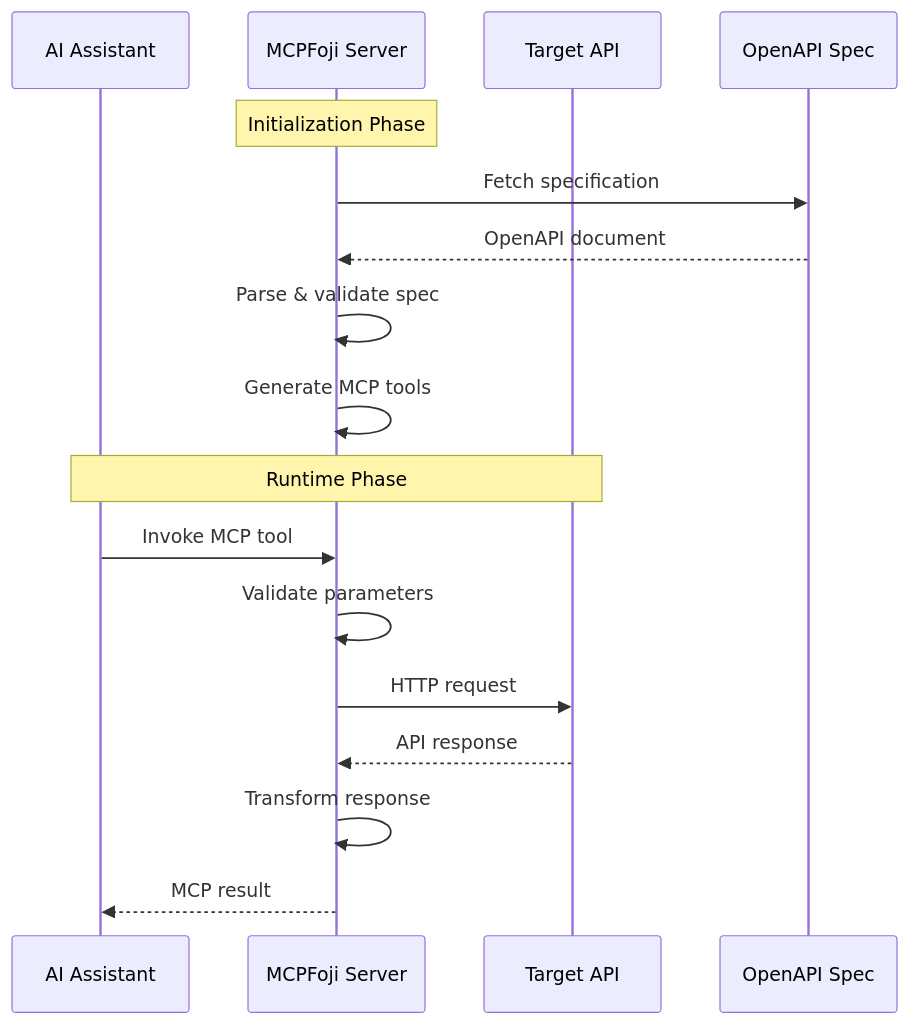
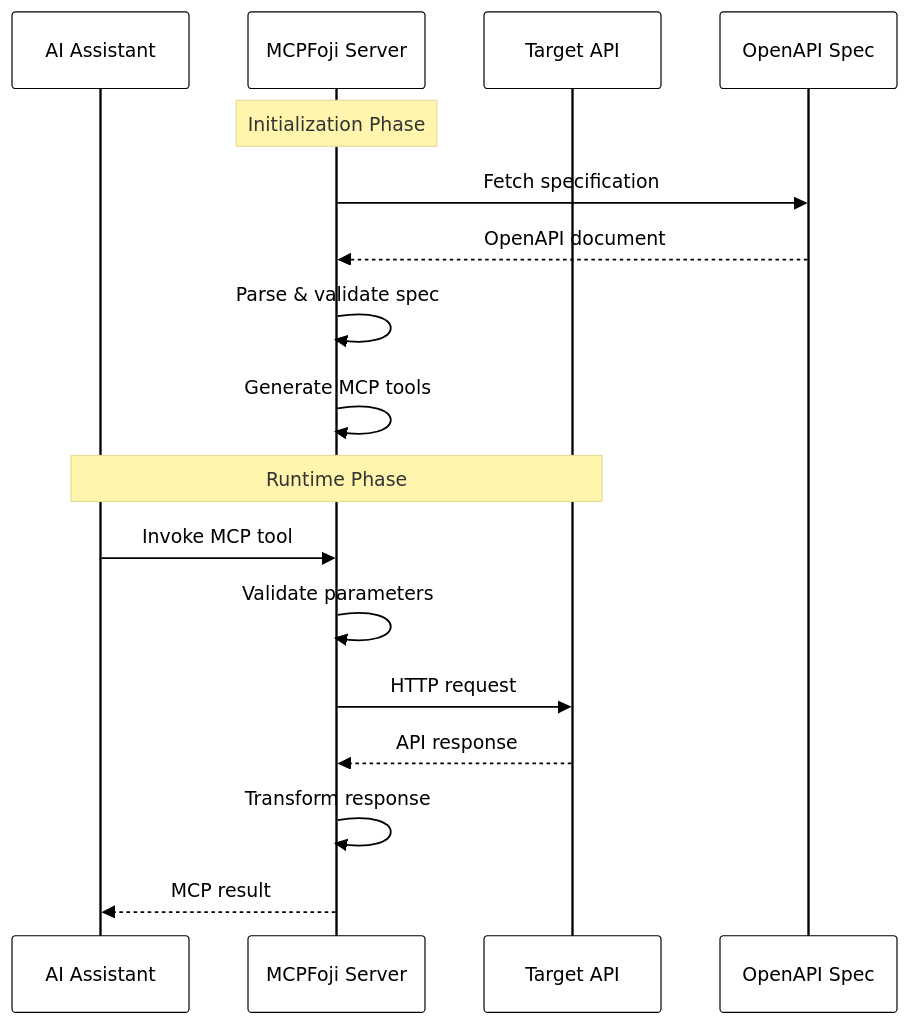
One commit to cbabil/MCPFoji changed the diagram in README.md. Above: the diagram before and after it, drawn with Mermaid.

Commit message:
reworked README.md

````diff
--- a/README.md
+++ b/README.md
@@ -181,21 +181,30 @@
 ```mermaid
+---
+config:
+  theme: base
+  themeVariables:
+    primaryColor: "#ffffff"
+    primaryTextColor: "#000000"
+    primaryBorderColor: "#000000"
+    lineColor: "#000000"
+---
 sequenceDiagram
     participant AI as AI Assistant
     participant MCP as MCPFoji Server
     participant API as Target API
     participant Spec as OpenAPI Spec
 
     Note over MCP: Initialization Phase
     MCP->>Spec: Fetch specification
     Spec-->>MCP: OpenAPI document
     MCP->>MCP: Parse & validate spec
     MCP->>MCP: Generate MCP tools
     
     Note over AI,API: Runtime Phase
     AI->>MCP: Invoke MCP tool
     MCP->>MCP: Validate parameters
     MCP->>API: HTTP request
     API-->>MCP: API response
     MCP->>MCP: Transform response
     MCP-->>AI: MCP result
 ```
````
